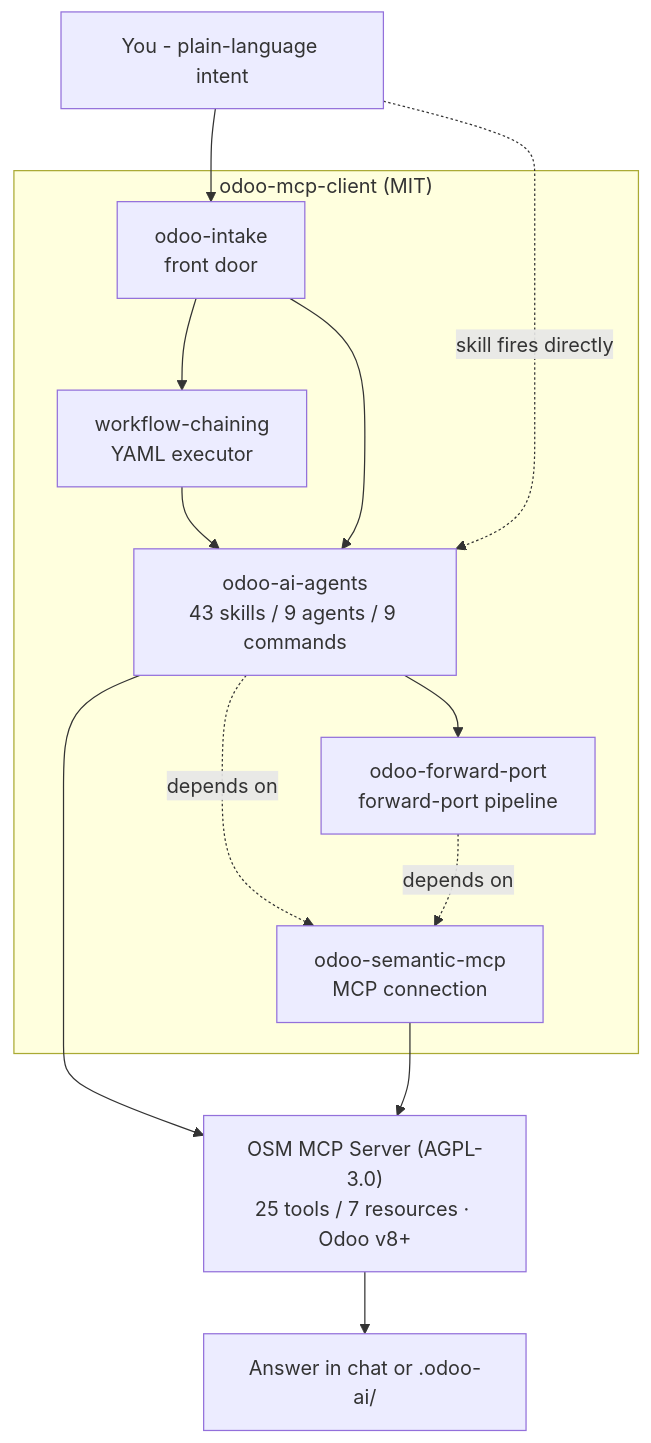
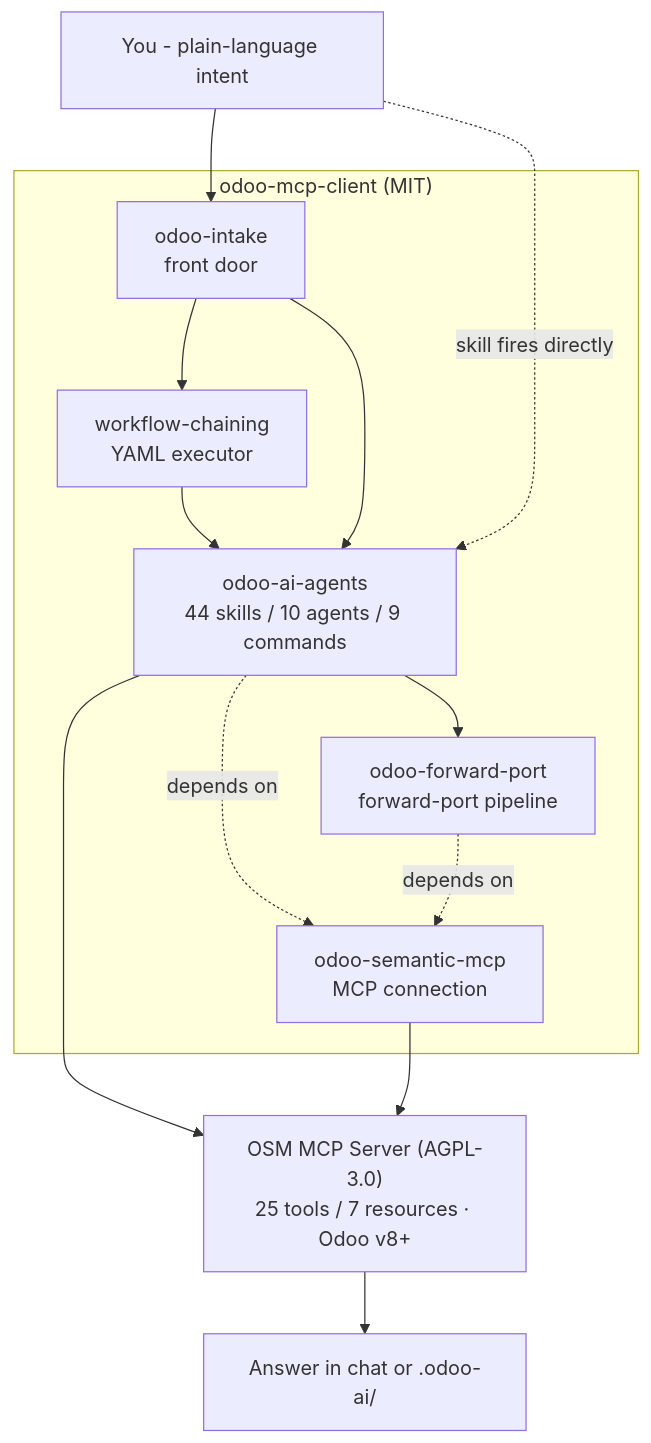
One commit to Viindoo/odoo-mcp-client changed the diagram in README.md. Above: the diagram before and after it, drawn with Mermaid. The commit also changed other lines of this file and 40 other files, not shown here.

First line of the commit message:
feat(odoo-ai-agents): dedicated odoo-instance-ops agent + odoo-instance skill (instance lifecycle v8+, allocator B2) [v3.18.0] (#100)

````diff
--- a/README.md
+++ b/README.md
@@ -13,26 +13,26 @@
 ```mermaid
 flowchart TD
     You["You - plain-language intent"]
 
     subgraph client["odoo-mcp-client (MIT)"]
         intake["odoo-intake<br/>front door"]
         wfrunner["workflow-chaining<br/>YAML executor"]
-        skills["odoo-ai-agents<br/>43 skills / 9 agents / 9 commands"]
+        skills["odoo-ai-agents<br/>44 skills / 10 agents / 9 commands"]
         fp["odoo-forward-port<br/>forward-port pipeline"]
         mcp["odoo-semantic-mcp<br/>MCP connection"]
         intake --> wfrunner --> skills
         intake --> skills
         skills --> fp
         skills -. depends on .-> mcp
         fp -. depends on .-> mcp
     end
 
     server["OSM MCP Server (AGPL-3.0)<br/>25 tools / 7 resources · Odoo v8+"]
     out["Answer in chat or .odoo-ai/"]
 
     You --> intake
     You -. "skill fires directly" .-> skills
     skills --> server
     mcp --> server
     server --> out
 ```
````
